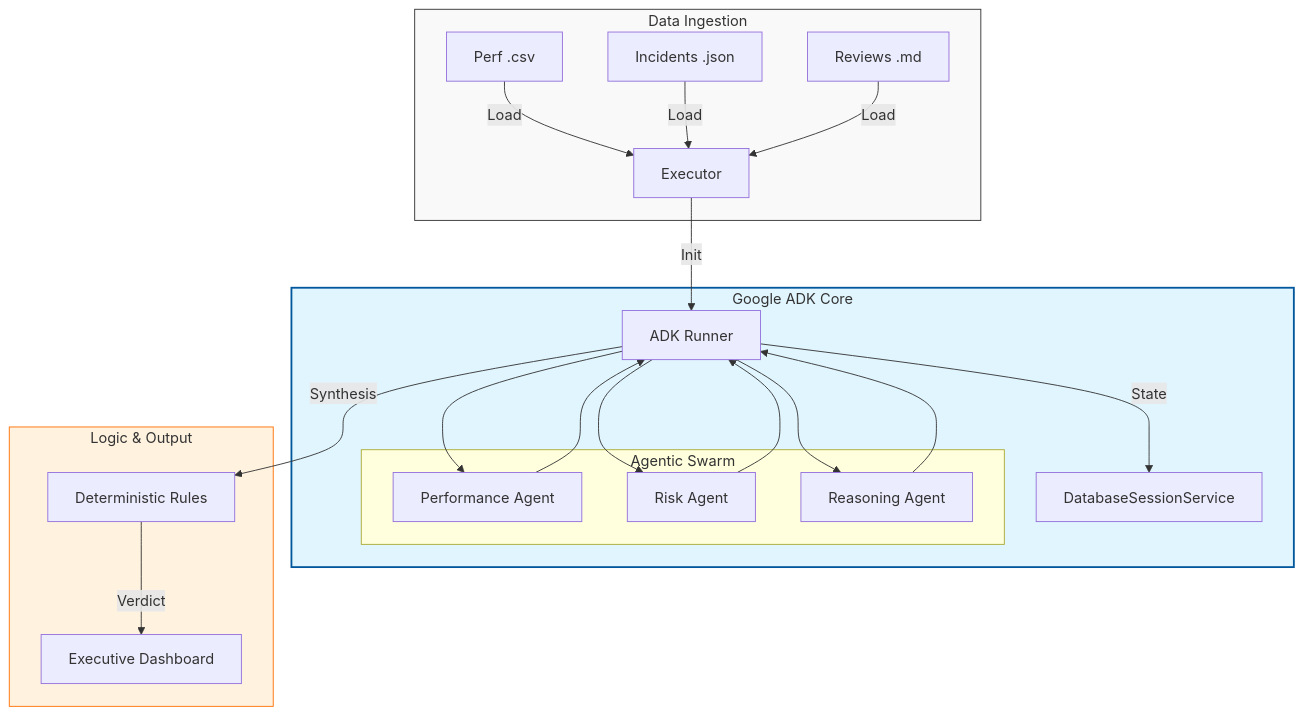
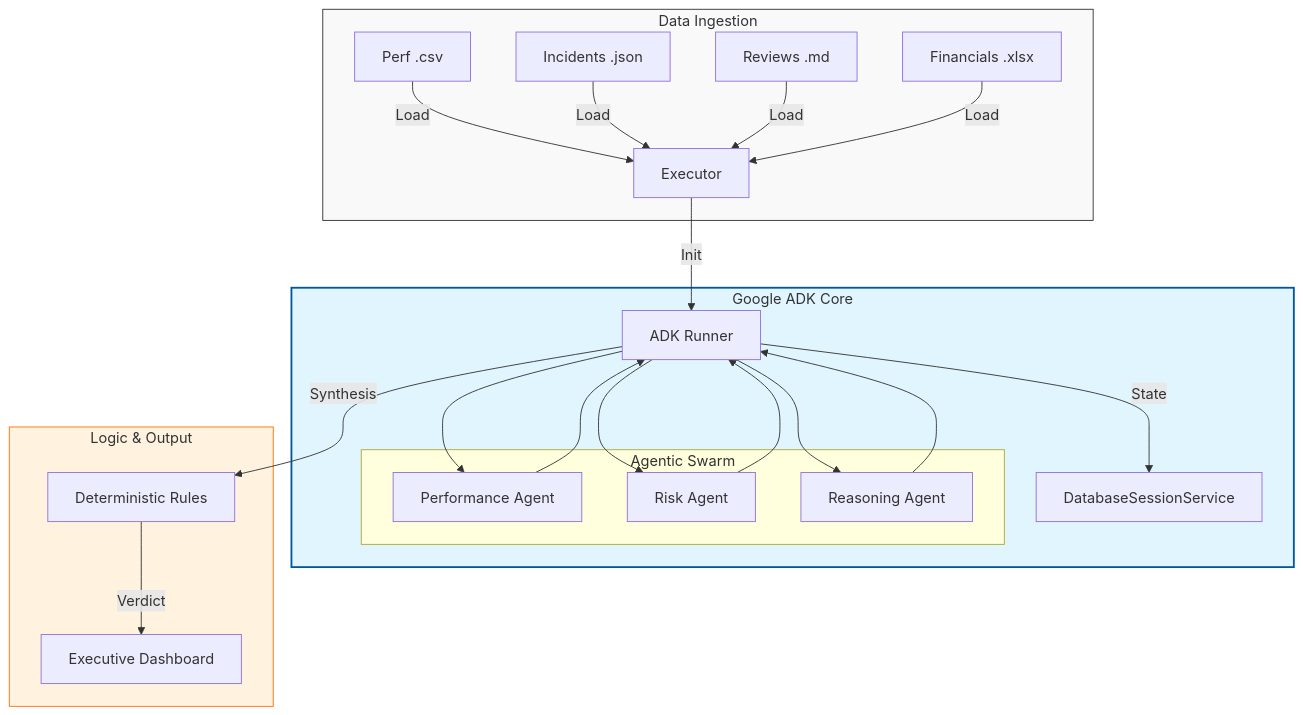
The diagram in README.md (MohibUllahKhanSherwani/vendor_contract_evaluation_agentic_ai), drawn with Mermaid before and after one commit. The commit also changed other lines of this file, not shown here.

````diff
--- a/README.md
+++ b/README.md
@@ -17,32 +43,33 @@
 ```mermaid
 graph TD
     subgraph Data_Layer [Data Ingestion]
         P_Data[Perf .csv] -->|Load| E[Executor]
         I_Data[Incidents .json] -->|Load| E
         R_Data[Reviews .md] -->|Load| E
+        F_Data[Financials .xlsx] -->|Load| E
     end
 
     subgraph ADK_Core [Google ADK Core]
         E -->|Init| R[ADK Runner]
         R -->|State| S[DatabaseSessionService]
         
         subgraph Agent_Swarm [Agentic Swarm]
             A1[Performance Agent]
             A2[Risk Agent]
             A3[Reasoning Agent]
         end
         
         R --> A1 --> R
         R --> A2 --> R
         R --> A3 --> R
     end
 
     subgraph Decision_Engine [Logic & Output]
         R -->|Synthesis| D[Deterministic Rules]
         D -->|Verdict| UI[Executive Dashboard]
     end
 
     style Data_Layer fill:#f9f9f9,stroke:#333
     style ADK_Core fill:#e1f5fe,stroke:#01579b,stroke-width:2px
     style Decision_Engine fill:#fff3e0,stroke:#ff6f00
 ```
````
